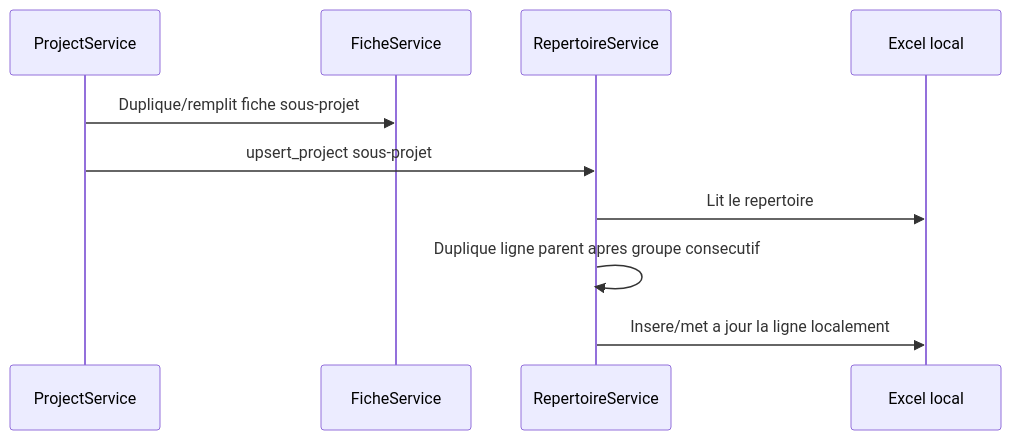
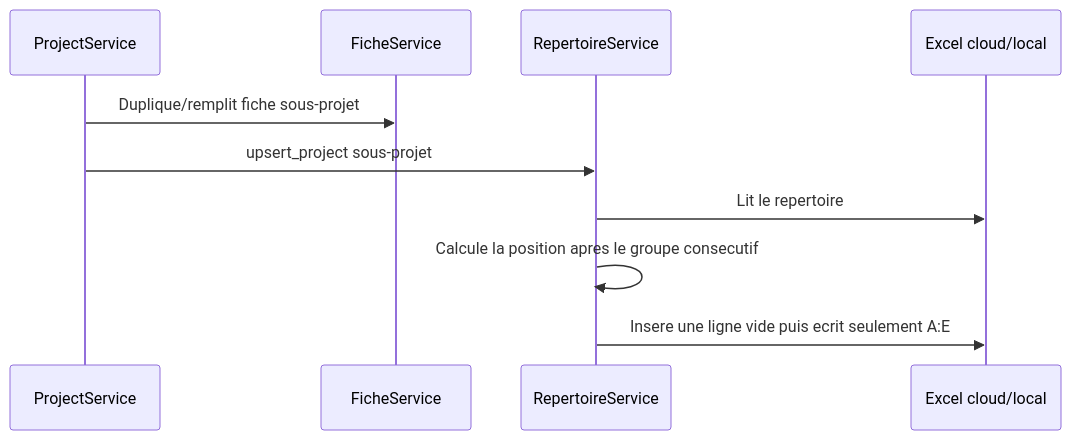
The fourth of 4 diagrams in docs/architecture.md (LionelMds/projectflow-automator), drawn with Mermaid before and after one commit. The commit also changed other lines of this file and 35 other files, not shown here.

````diff
--- a/docs/architecture.md
+++ b/docs/architecture.md
@@ -54,13 +55,13 @@
 ```mermaid
 sequenceDiagram
   participant Service as ProjectService
   participant Fiche as FicheService
   participant Rep as RepertoireService
-  participant Excel as Excel local
+  participant Excel as Excel cloud/local
 
   Service->>Fiche: Duplique/remplit fiche sous-projet
   Service->>Rep: upsert_project sous-projet
   Rep->>Excel: Lit le repertoire
-  Rep->>Rep: Duplique ligne parent apres groupe consecutif
-  Rep->>Excel: Insere/met a jour la ligne localement
+  Rep->>Rep: Calcule la position apres le groupe consecutif
+  Rep->>Excel: Insere une ligne vide puis ecrit seulement A:E
 ```
````
